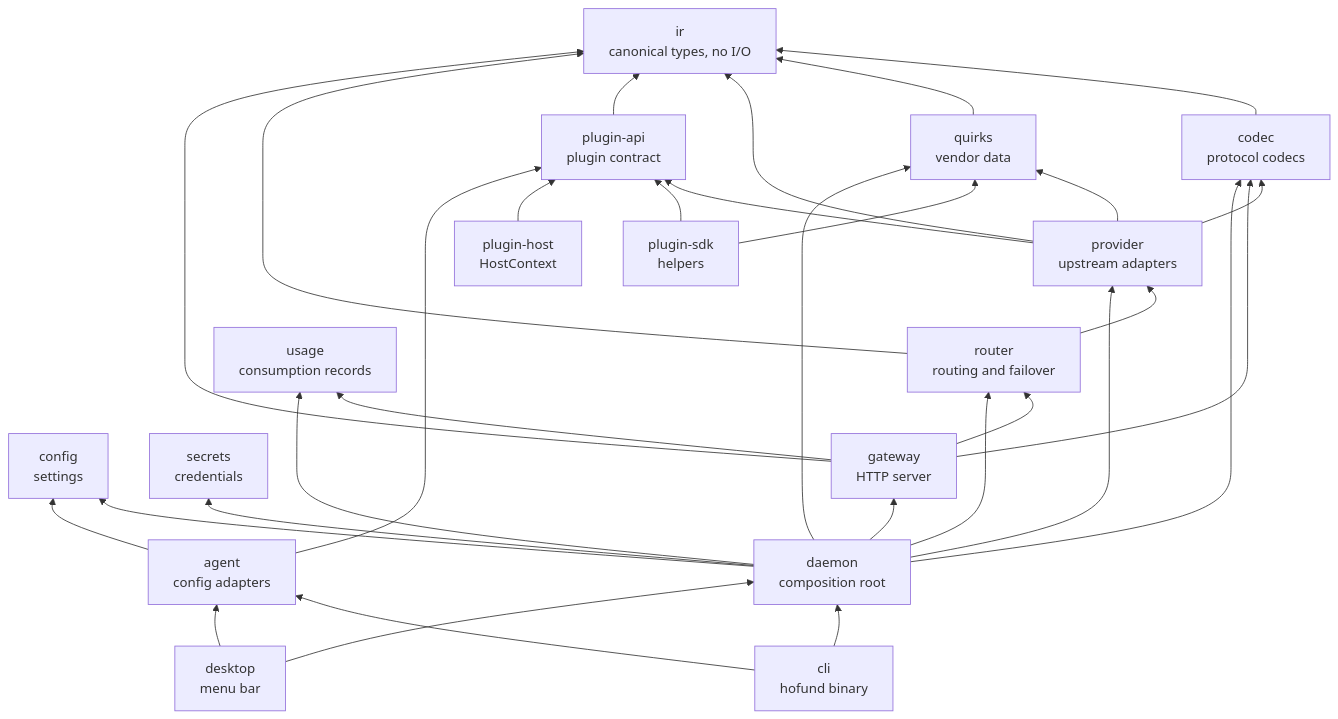
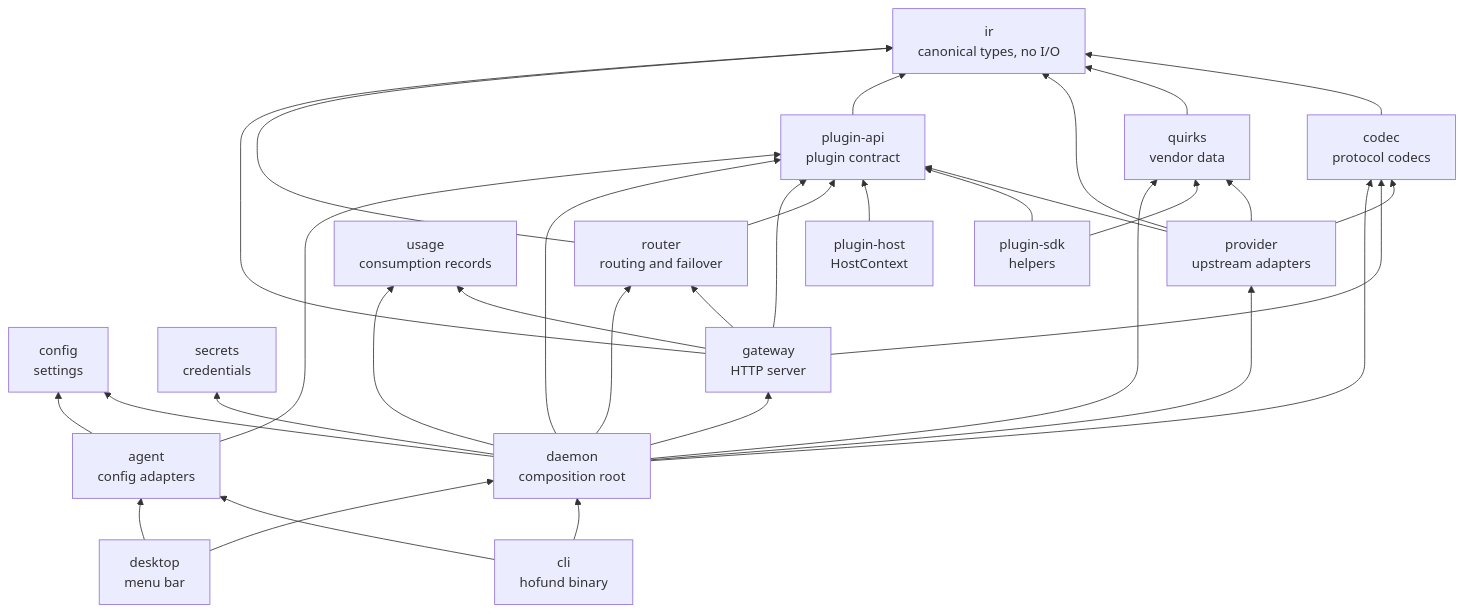
One commit to logibricks-io/open-heimdall-hofund changed the diagram in docs/architecture.md. Above: the diagram before and after it, drawn with Mermaid. The commit also changed other lines of this file and 39 other files, not shown here.

````diff
--- a/docs/architecture.md
+++ b/docs/architecture.md
@@ -37,50 +37,52 @@
 ```mermaid
 flowchart BT
   ir["ir<br/>canonical types, no I/O"]
   codec["codec<br/>protocol codecs"]
   quirks["quirks<br/>vendor data"]
   provider["provider<br/>upstream adapters"]
   router["router<br/>routing and failover"]
   config["config<br/>settings"]
   secrets["secrets<br/>credentials"]
   usage["usage<br/>consumption records"]
   agent["agent<br/>config adapters"]
   pluginApi["plugin-api<br/>plugin contract"]
   pluginSdk["plugin-sdk<br/>helpers"]
   pluginHost["plugin-host<br/>HostContext"]
   gateway["gateway<br/>HTTP server"]
   daemon["daemon<br/>composition root"]
   cli["cli<br/>hofund binary"]
   desktop["desktop<br/>menu bar"]
 
   codec --> ir
   quirks --> ir
   provider --> codec
   provider --> ir
   provider --> quirks
   provider --> pluginApi
   pluginApi --> ir
   pluginSdk --> pluginApi
   pluginSdk --> quirks
   pluginHost --> pluginApi
-  router --> provider
+  router --> pluginApi
   router --> ir
   gateway --> router
   gateway --> codec
   gateway --> ir
   gateway --> usage
+  gateway --> pluginApi
   daemon --> gateway
   daemon --> config
   daemon --> secrets
   daemon --> provider
   daemon --> codec
   daemon --> quirks
   daemon --> router
+  daemon --> pluginApi
   daemon --> usage
   agent --> config
   agent --> pluginApi
   cli --> daemon
   cli --> agent
   desktop --> daemon
   desktop --> agent
 ```
````
